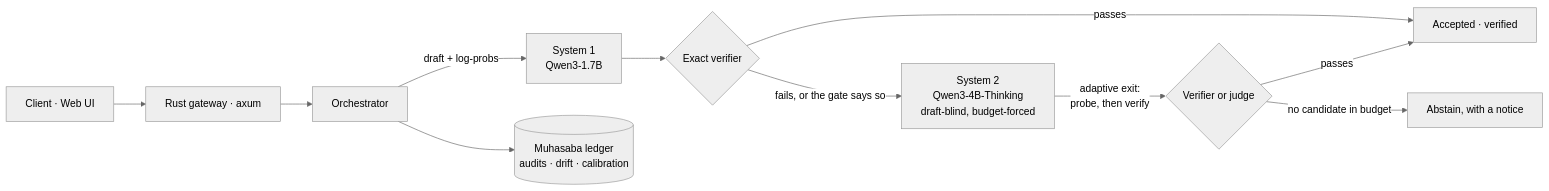
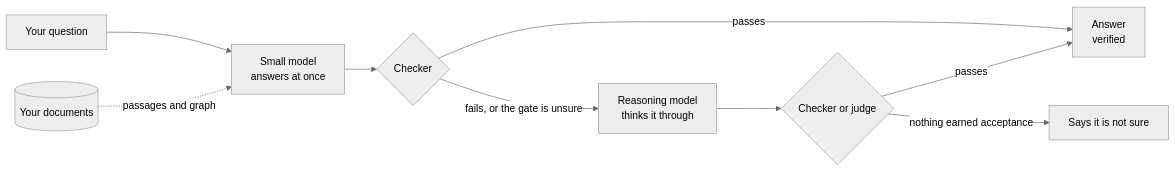
One commit to rismanmattotorang/nafsaql changed the diagram in README.md. Above: the diagram before and after it, drawn with Mermaid (neutral theme). The commit also changed other lines of this file and 51 other files, not shown here.

````diff
--- a/README.md
+++ b/README.md
@@ -48,13 +78,11 @@
 ```mermaid
 flowchart LR
-  U["Client · Web UI"] --> G["Rust gateway · axum"]
-  G --> O[Orchestrator]
-  O -->|"draft + log-probs"| S1["System 1<br/>Qwen3-1.7B"]
-  S1 --> V1{Exact verifier}
-  V1 -->|"passes"| T[Accepted · verified]
-  V1 -->|"fails, or the gate says so"| S2["System 2<br/>Qwen3-4B-Thinking<br/>draft-blind, budget-forced"]
-  S2 -->|"adaptive exit:<br/>probe, then verify"| V2{Verifier or judge}
-  V2 -->|"passes"| T
-  V2 -->|"no candidate in budget"| X["Abstain, with a notice"]
-  O --> L[("Muhasaba ledger<br/>audits · drift · calibration")]
+  Q["Your question"] --> S1["Small model<br/>answers at once"]
+  S1 --> C{"Checker"}
+  C -->|"passes"| A["Answer<br/>verified"]
+  C -->|"fails, or the gate is unsure"| S2["Reasoning model<br/>thinks it through"]
+  S2 --> C2{"Checker or judge"}
+  C2 -->|"passes"| A
+  C2 -->|"nothing earned acceptance"| X["Says it is not sure"]
+  K[("Your documents")] -.->|"passages and graph"| S1
 ```
````
